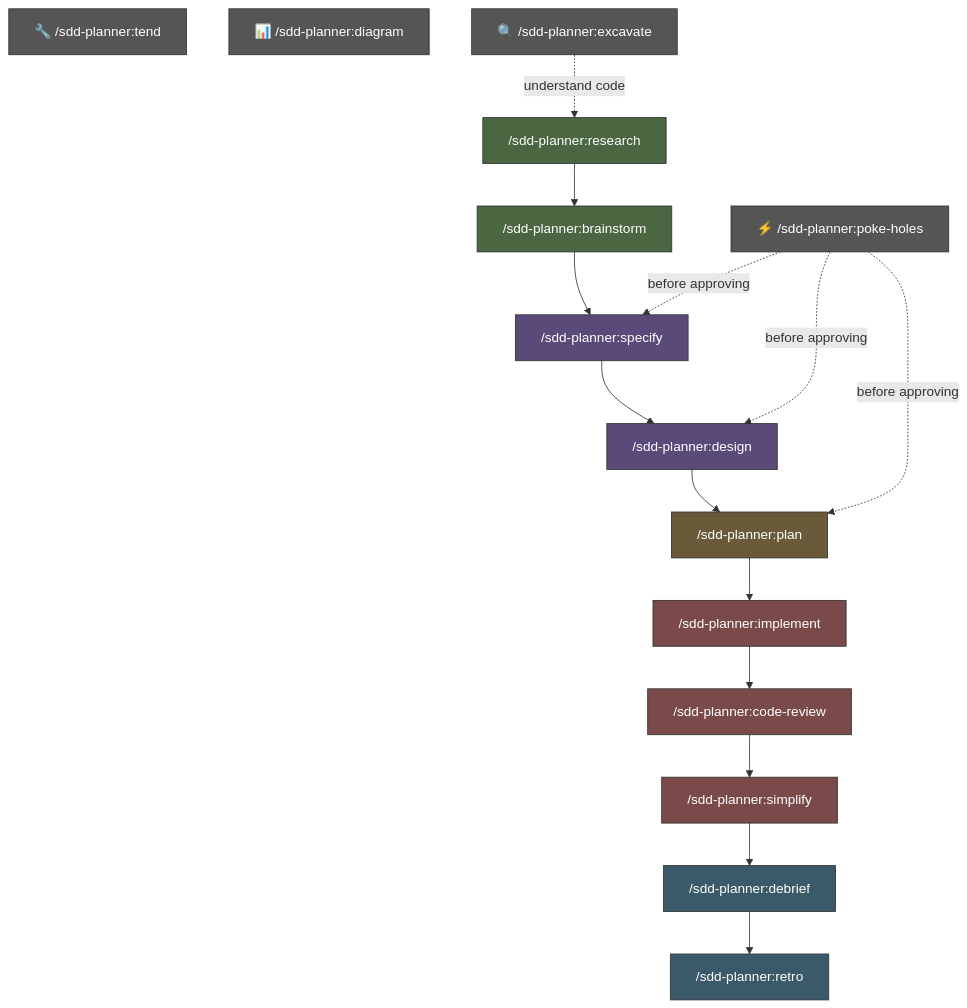
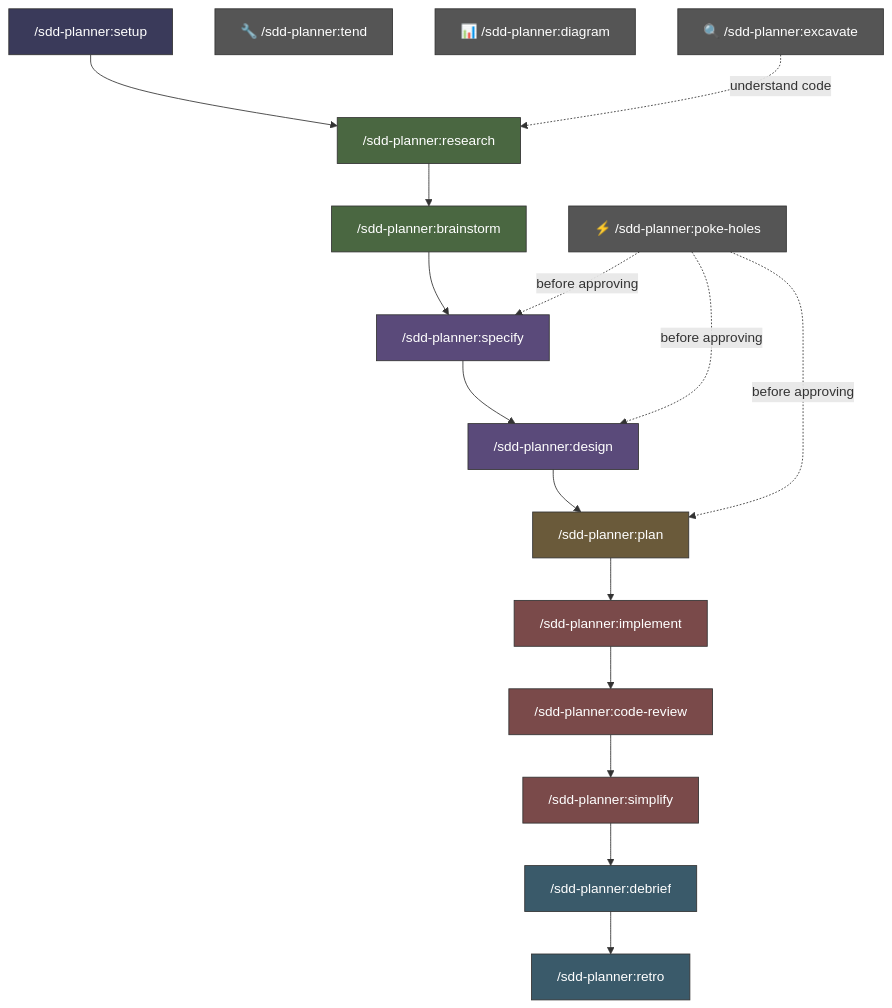
Before and after one commit to danweinerdev/ai-agentic-sdd-planner: the second of 4 diagrams in README.md, drawn with Mermaid. The commit also changed other lines of this file and 4 other files, not shown here.

````diff
--- a/README.md
+++ b/README.md
@@ -103,36 +103,39 @@
 ```mermaid
 graph TD
-    research["/sdd-planner:research"] --> brainstorm["/sdd-planner:brainstorm"]
+    setup["/sdd-planner:setup"] --> research["/sdd-planner:research"]
+    research --> brainstorm["/sdd-planner:brainstorm"]
     brainstorm --> specify["/sdd-planner:specify"]
     specify --> design["/sdd-planner:design"]
     design --> plan["/sdd-planner:plan"]
     plan --> implement["/sdd-planner:implement"]
     implement --> codereview["/sdd-planner:code-review"]
     codereview --> simplify["/sdd-planner:simplify"]
     simplify --> debrief["/sdd-planner:debrief"]
     debrief --> retro["/sdd-planner:retro"]
 
     poke["⚡ /sdd-planner:poke-holes"]
     tend["🔧 /sdd-planner:tend"]
     diagram["📊 /sdd-planner:diagram"]
     excavate["🔍 /sdd-planner:excavate"]
 
     poke -. "before approving" .-> specify
     poke -. "before approving" .-> design
     poke -. "before approving" .-> plan
     excavate -. "understand code" .-> research
 
+    classDef setupC fill:#3a3a5a,stroke:#333,color:#fff
     classDef discovery fill:#4a6741,stroke:#333,color:#fff
     classDef definition fill:#5a4a7a,stroke:#333,color:#fff
     classDef execution fill:#6a5a3a,stroke:#333,color:#fff
     classDef implementation fill:#7a4a4a,stroke:#333,color:#fff
     classDef review fill:#3a5a6a,stroke:#333,color:#fff
     classDef utility fill:#555,stroke:#333,color:#fff
 
+    class setup setupC
     class research,brainstorm discovery
     class specify,design definition
     class plan execution
     class implement,codereview,simplify implementation
     class debrief,retro review
     class poke,tend,diagram,excavate utility
 ```
````
